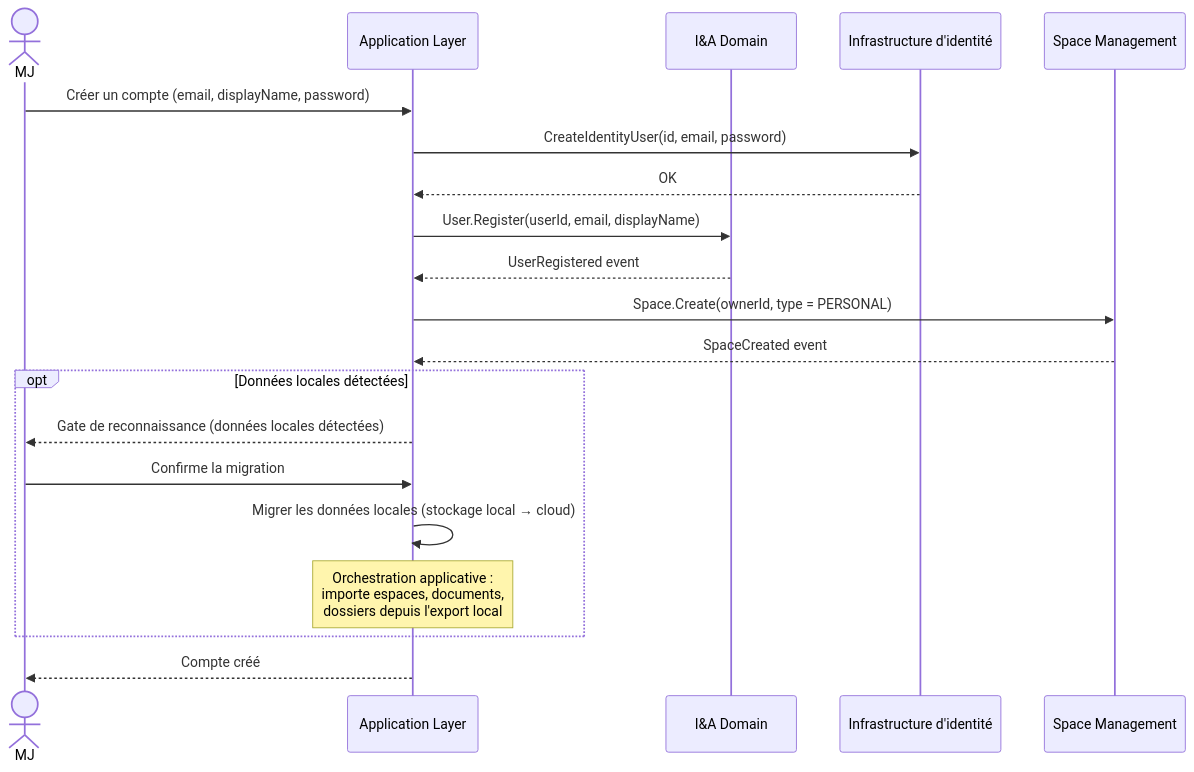
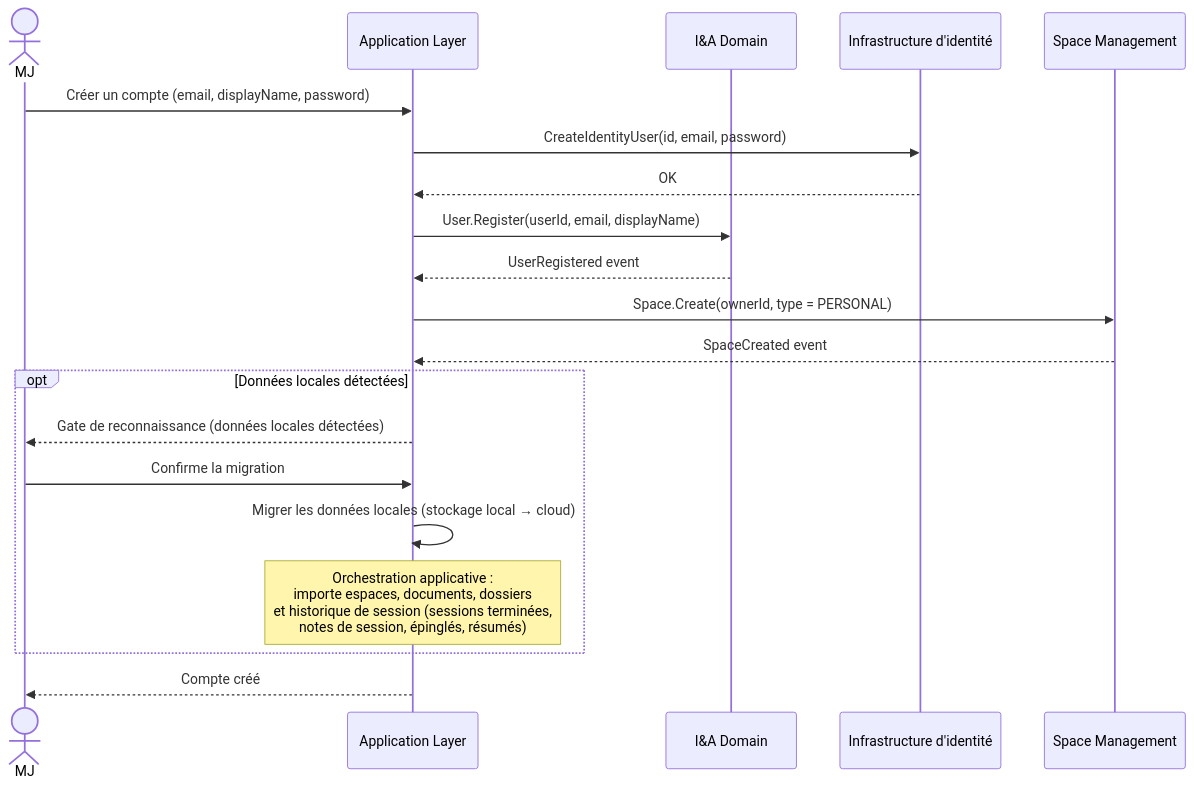
The first of 6 diagrams in docs/domaine/identity-access/flows.md (2025-10-CDA-ECO-P6/PM-micro-saas), drawn with Mermaid before and after one commit. The commit also changed other lines of this file and 3 other files, not shown here.

````diff
--- a/docs/domaine/identity-access/flows.md
+++ b/docs/domaine/identity-access/flows.md
@@ -5,23 +5,23 @@
 ```mermaid
 sequenceDiagram
     actor MJ
     participant App as Application Layer
     participant IA as I&A Domain
     participant Identity as Infrastructure d'identité
     participant SM as Space Management
 
     MJ->>App: Créer un compte (email, displayName, password)
     App->>Identity: CreateIdentityUser(id, email, password)
     Identity-->>App: OK
     App->>IA: User.Register(userId, email, displayName)
     IA-->>App: UserRegistered event
     App->>SM: Space.Create(ownerId, type = PERSONAL)
     SM-->>App: SpaceCreated event
     opt Données locales détectées
         App-->>MJ: Gate de reconnaissance (données locales détectées)
         MJ->>App: Confirme la migration
         App->>App: Migrer les données locales (stockage local → cloud)
-        Note over App: Orchestration applicative :<br/>importe espaces, documents,<br/>dossiers depuis l'export local
+        Note over App: Orchestration applicative :<br/>importe espaces, documents, dossiers<br/>et historique de session (sessions terminées,<br/>notes de session, épinglés, résumés)
     end
     App-->>MJ: Compte créé
 ```
````
